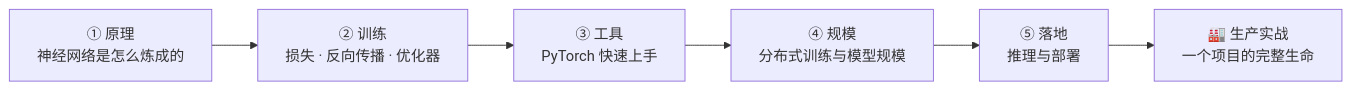
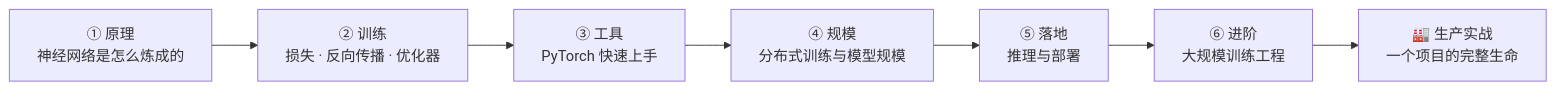
One commit to lizhengzhong20-sketch/model_learning changed the diagram in docs/3-深度学习/04-深度学习基础/README.md. Above: the diagram before and after it, drawn with Mermaid. The commit also changed other lines of this file and 82 other files, not shown here.

````diff
--- a/docs/3-深度学习/04-深度学习基础/README.md
+++ b/docs/3-深度学习/04-深度学习基础/README.md
@@ -24,8 +24,9 @@
 ```mermaid
 graph LR
     A["① 原理<br/>神经网络是怎么炼成的"] --> B["② 训练<br/>损失 · 反向传播 · 优化器"]
     B --> C["③ 工具<br/>PyTorch 快速上手"]
     C --> D["④ 规模<br/>分布式训练与模型规模"]
     D --> E["⑤ 落地<br/>推理与部署"]
-    E --> F["🏭 生产实战<br/>一个项目的完整生命"]
+    E --> T["⑥ 进阶<br/>大规模训练工程"]
+    T --> F["🏭 生产实战<br/>一个项目的完整生命"]
 ```
````
